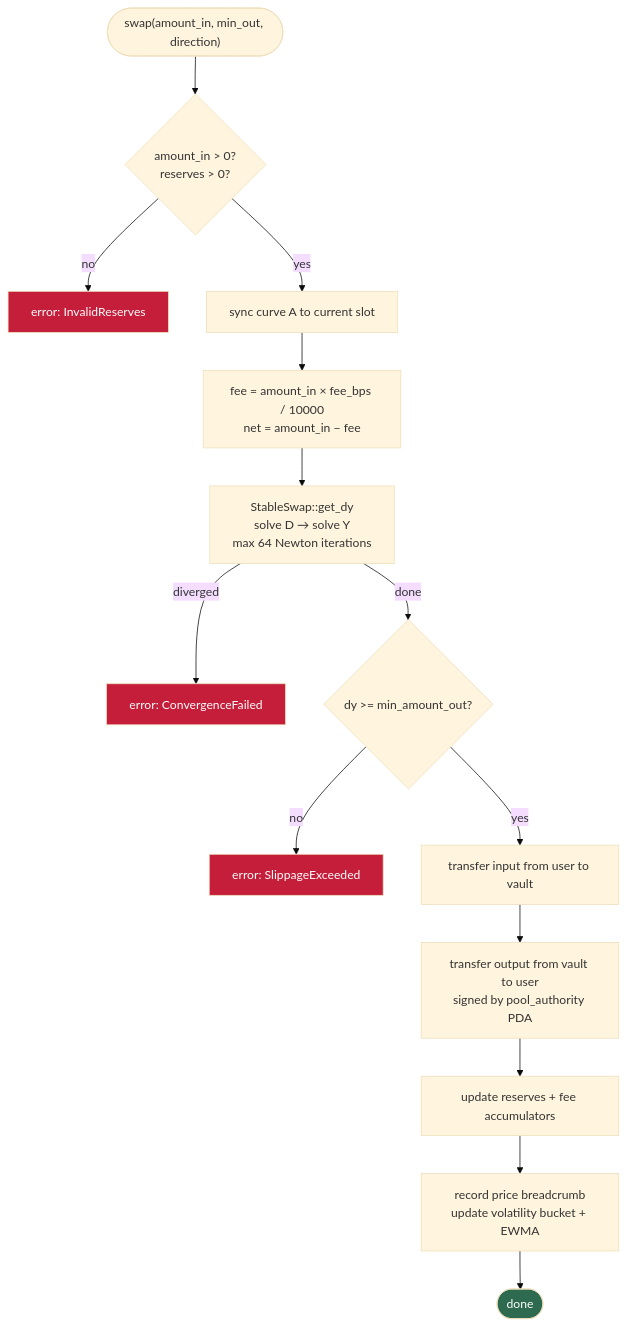
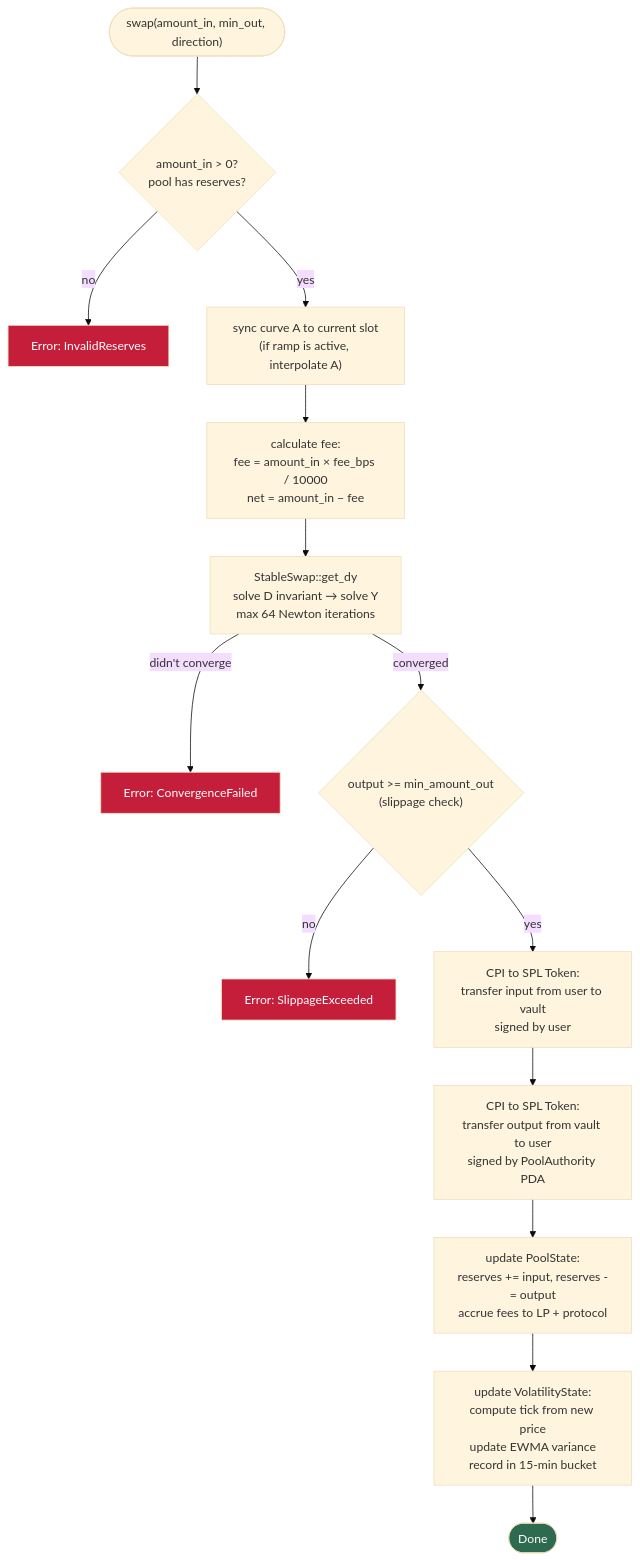
Before and after one commit to srivtx/vamm-capstone: the fourth of 6 diagrams in ARCHITECTURE.md, drawn with Mermaid (base theme). The commit also changed other lines of this file, not shown here.

Commit message:
rewrite architecture doc: explain every concept, beginner-friendly

````diff
--- a/ARCHITECTURE.md
+++ b/ARCHITECTURE.md
@@ -114,21 +152,21 @@
 ```mermaid
 flowchart TD
-    START(["swap(amount_in, min_out, direction)"]) --> VALIDATE{"amount_in > 0?<br/>reserves > 0?"}
-    VALIDATE -->|no| ERR1[error: InvalidReserves]
-    VALIDATE -->|yes| SYNC["sync curve A to current slot"]
-    SYNC --> FEE["fee = amount_in × fee_bps / 10000<br/>net = amount_in − fee"]
-    FEE --> SOLVE["StableSwap::get_dy<br/>solve D → solve Y<br/>max 64 Newton iterations"]
-    SOLVE -->|diverged| ERR2[error: ConvergenceFailed]
-    SOLVE -->|done| CHECK{"dy >= min_amount_out?"}
-    CHECK -->|no| ERR3[error: SlippageExceeded]
-    CHECK -->|yes| CPI_IN["transfer input from user to vault"]
-    CPI_IN --> CPI_OUT["transfer output from vault to user<br/>signed by pool_authority PDA"]
-    CPI_OUT --> UPDATE["update reserves + fee accumulators"]
-    UPDATE --> BREADCRUMB["record price breadcrumb<br/>update volatility bucket + EWMA"]
-    BREADCRUMB --> DONE([done])
+    START(["swap(amount_in, min_out, direction)"]) --> VALIDATE{"amount_in > 0?<br/>pool has reserves?"}
+    VALIDATE -->|no| ERR1[Error: InvalidReserves]
+    VALIDATE -->|yes| SYNC["sync curve A to current slot<br/>(if ramp is active, interpolate A)"]
+    SYNC --> FEE["calculate fee:<br/>fee = amount_in × fee_bps / 10000<br/>net = amount_in − fee"]
+    FEE --> SOLVE["StableSwap::get_dy<br/>solve D invariant → solve Y<br/>max 64 Newton iterations"]
+    SOLVE -->|didn't converge| ERR2[Error: ConvergenceFailed]
+    SOLVE -->|converged| CHECK{"output >= min_amount_out<br/>(slippage check)"}
+    CHECK -->|no| ERR3[Error: SlippageExceeded]
+    CHECK -->|yes| CPI_IN["CPI to SPL Token:<br/>transfer input from user to vault<br/>signed by user"]
+    CPI_IN --> CPI_OUT["CPI to SPL Token:<br/>transfer output from vault to user<br/>signed by PoolAuthority PDA"]
+    CPI_OUT --> UPDATE["update PoolState:<br/>reserves += input, reserves -= output<br/>accrue fees to LP + protocol"]
+    UPDATE --> BREADCRUMB["update VolatilityState:<br/>compute tick from new price<br/>update EWMA variance<br/>record in 15-min bucket"]
+    BREADCRUMB --> DONE([Done])
 
     style ERR1 fill:#c41e3a,color:#fff
     style ERR2 fill:#c41e3a,color:#fff
     style ERR3 fill:#c41e3a,color:#fff
     style DONE fill:#2d6a4f,color:#fff
 ```
````
